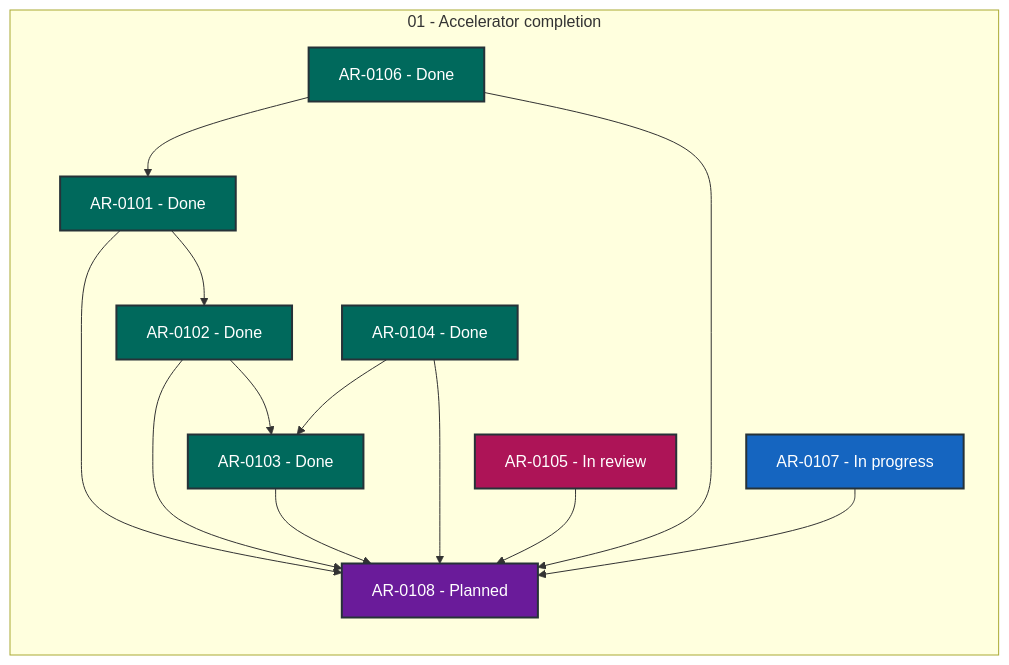
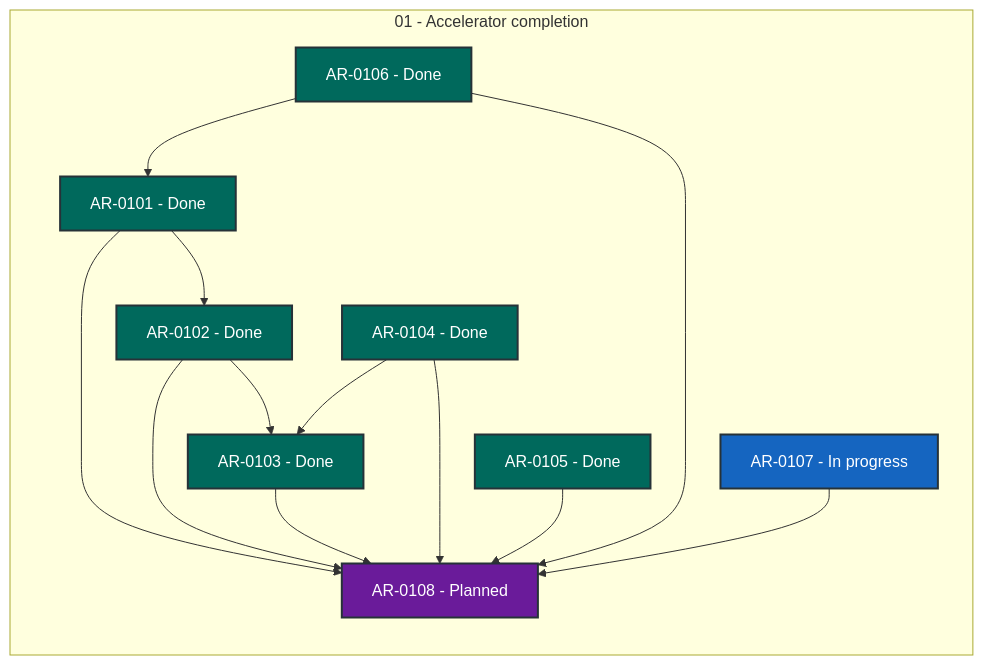
The diagram in coordination/STATUS.md (locutus3009/exgame), drawn with Mermaid before and after one commit. The commit also changed other lines of this file and 2 other files, not shown here.

Commit message:
chore(state): review AR-0105

````diff
--- a/coordination/STATUS.md
+++ b/coordination/STATUS.md
@@ -28,34 +28,34 @@
 ```mermaid
 flowchart LR
     subgraph series_01["01 - Accelerator completion"]
         direction TB
         AR_0101["AR-0101 - Done"]:::status_done
         AR_0102["AR-0102 - Done"]:::status_done
         AR_0103["AR-0103 - Done"]:::status_done
         AR_0104["AR-0104 - Done"]:::status_done
-        AR_0105["AR-0105 - In review"]:::status_in_review
+        AR_0105["AR-0105 - Done"]:::status_done
         AR_0106["AR-0106 - Done"]:::status_done
         AR_0107["AR-0107 - In progress"]:::status_in_progress
         AR_0108["AR-0108 - Planned"]:::status_planned
     end
     AR_0101 --> AR_0102
     AR_0101 --> AR_0108
     AR_0102 --> AR_0103
     AR_0102 --> AR_0108
     AR_0103 --> AR_0108
     AR_0104 --> AR_0103
     AR_0104 --> AR_0108
     AR_0105 --> AR_0108
     AR_0106 --> AR_0101
     AR_0106 --> AR_0108
     AR_0107 --> AR_0108
     classDef status_in_progress fill:#1565c0,color:#ffffff,stroke:#263238,stroke-width:2px
     classDef status_in_review fill:#ad1457,color:#ffffff,stroke:#263238,stroke-width:2px
     classDef status_open fill:#2e7d32,color:#ffffff,stroke:#263238,stroke-width:2px
     classDef status_blocked fill:#c62828,color:#ffffff,stroke:#263238,stroke-width:2px
     classDef status_planned fill:#6a1b9a,color:#ffffff,stroke:#263238,stroke-width:2px
     classDef status_future fill:#455a64,color:#ffffff,stroke:#263238,stroke-width:2px
     classDef status_done fill:#00695c,color:#ffffff,stroke:#263238,stroke-width:2px
     classDef status_cancelled fill:#616161,color:#ffffff,stroke:#263238,stroke-width:2px
     classDef status_superseded fill:#5d4037,color:#ffffff,stroke:#263238,stroke-width:2px
 ```
````
